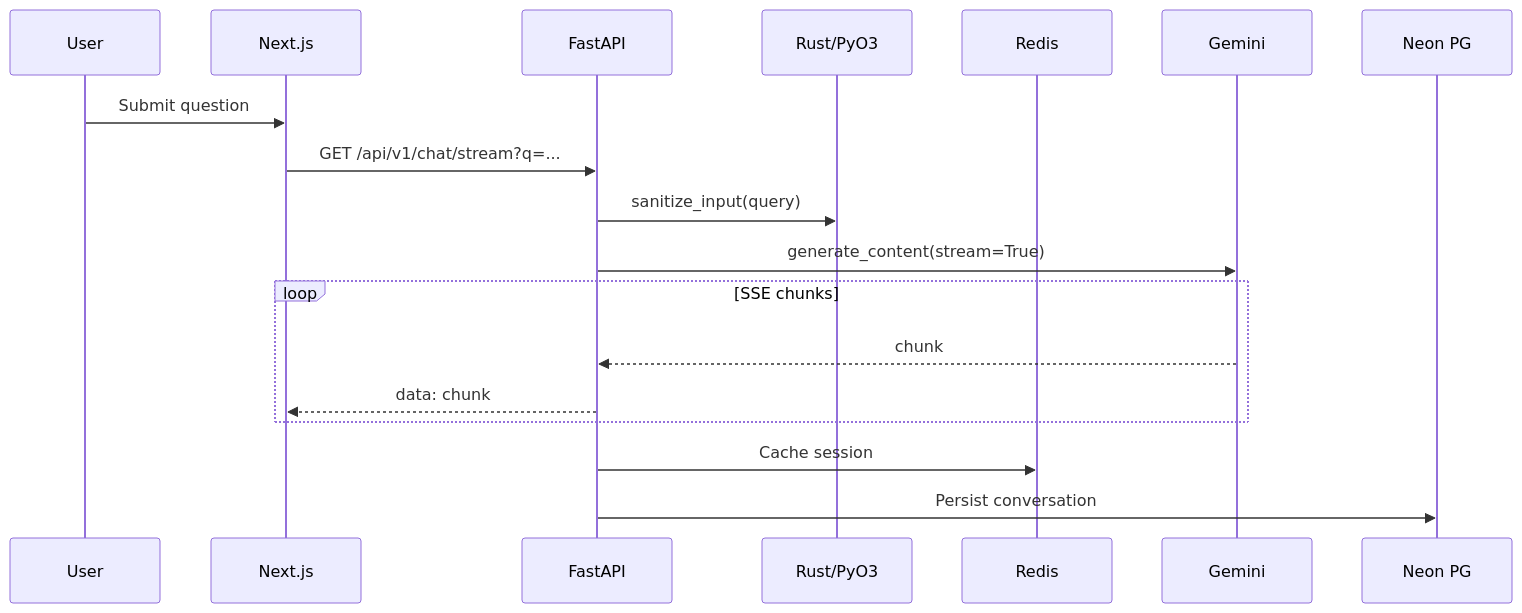
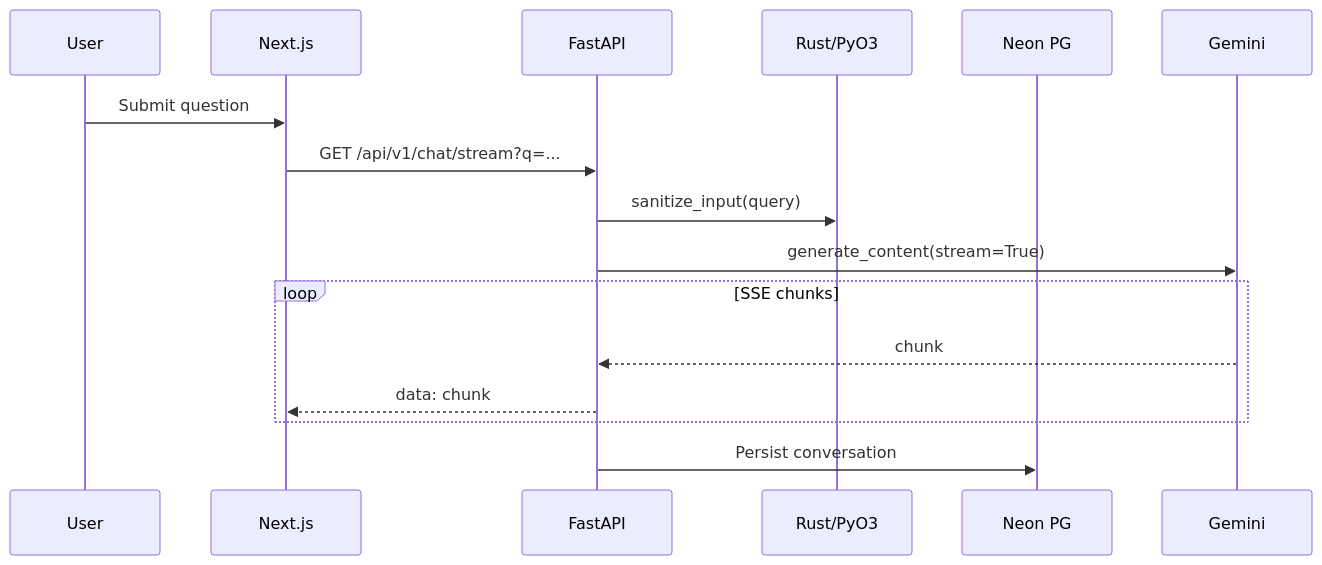
Before and after one commit to ericgitangu/pawacloud-assistant: the first of 2 diagrams in README.md, drawn with Mermaid. The commit also changed other lines of this file and 3 other files, not shown here.

````diff
--- a/README.md
+++ b/README.md
@@ -143,21 +148,19 @@
 ```mermaid
 sequenceDiagram
     participant U as User
     participant F as Next.js
     participant B as FastAPI
     participant R as Rust/PyO3
-    participant RD as Redis
+    participant PG as Neon PG
     participant G as Gemini
 
     U->>F: Submit question
     F->>B: GET /api/v1/chat/stream?q=...
     B->>R: sanitize_input(query)
     B->>G: generate_content(stream=True)
     loop SSE chunks
         G-->>B: chunk
         B-->>F: data: chunk
     end
-    B->>RD: Cache session
     B->>PG: Persist conversation
-    participant PG as Neon PG
 ```
````
